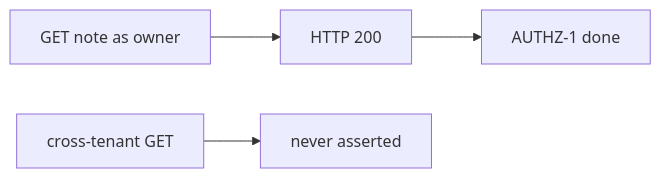
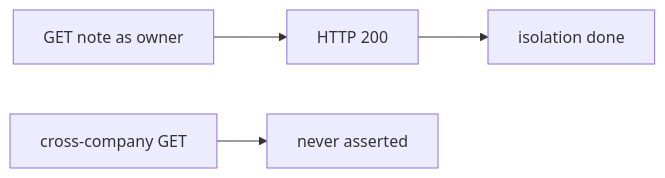
The second of 2 diagrams in content/modules/9/9.3/lessons/01-property.md (ishitvagoel/LearnSecurity), drawn with Mermaid before and after one commit. The commit also changed other lines of this file and 39 other files, not shown here.

````diff
--- a/content/modules/9/9.3/lessons/01-property.md
+++ b/content/modules/9/9.3/lessons/01-property.md
@@ -28,6 +27,6 @@
 ```mermaid
 flowchart LR
   Get[GET note as owner] --> TwoHundred[HTTP 200]
-  TwoHundred --> Belief[AUTHZ-1 done]
-  Cross[cross-tenant GET] --> Reality[never asserted]
+  TwoHundred --> Belief[isolation done]
+  Cross[cross-company GET] --> Reality[never asserted]
 ```
````
